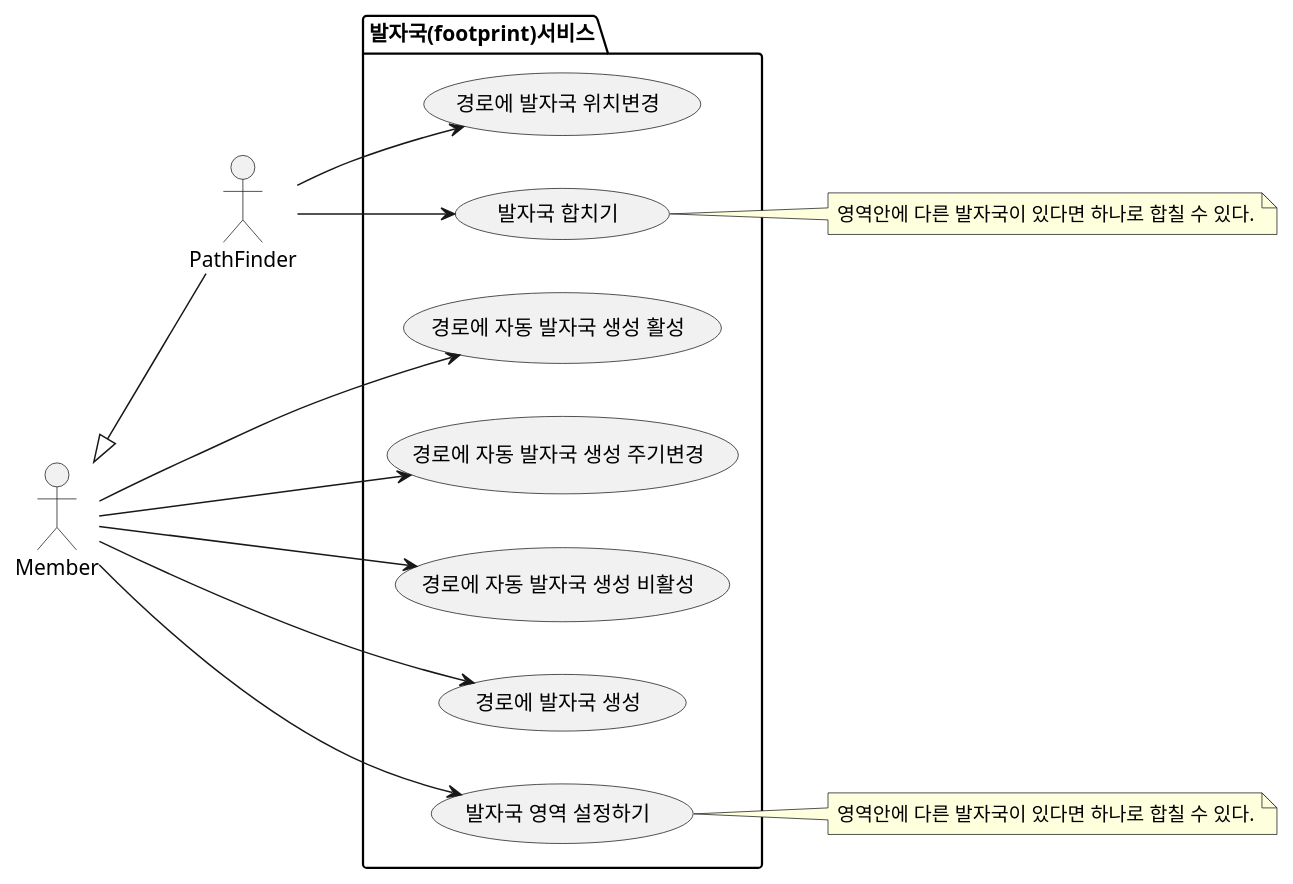
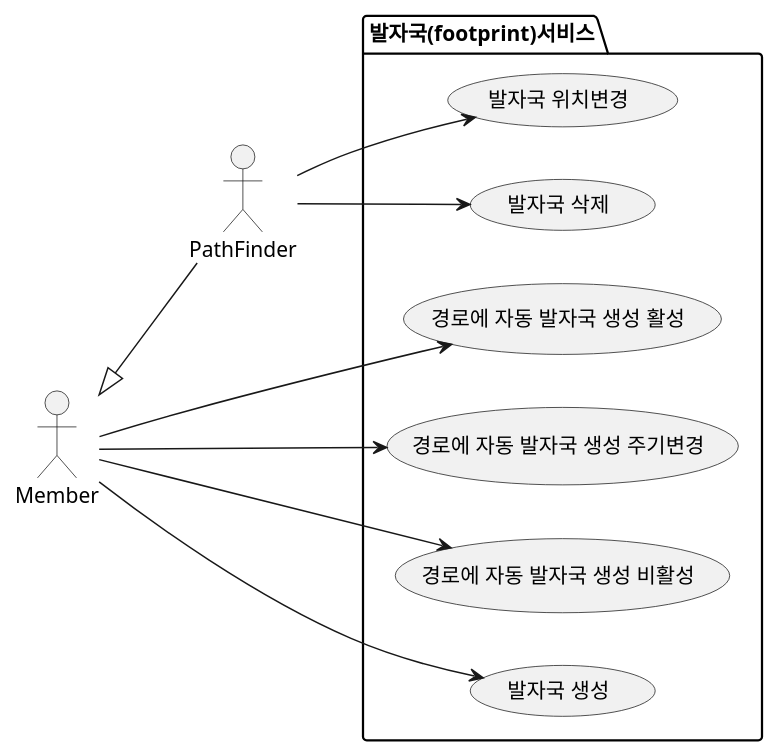
Before and after one commit to doubleu0714/footprint: the diagram in usecase/footprint.puml, drawn with PlantUML. The commit also changed 4 other files, not shown here.

```diff
--- a/usecase/footprint.puml
+++ b/usecase/footprint.puml
@@ -1,31 +1,23 @@
 @startuml
 left to right direction
 actor Member as m
 actor PathFinder as p
 m <|-- p
 
 
 package 발자국(footprint)서비스 {
     usecase "경로에 자동 발자국 생성 활성" as f.uc1
     usecase "경로에 자동 발자국 생성 주기변경" as f.uc2
     usecase "경로에 자동 발자국 생성 비활성" as f.uc3
-    usecase "경로에 발자국 생성" as f.uc4
-    usecase "경로에 발자국 위치변경" as f.uc5
-    usecase "발자국 영역 설정하기" as f.uc6
-    usecase "발자국 합치기" as f.uc7
+    usecase "발자국 생성" as f.uc4
+    usecase "발자국 위치변경" as f.uc5
+    usecase "발자국 삭제" as f.uc6
 }
+
 m --> f.uc1
 m --> f.uc2
 m --> f.uc3
 m --> f.uc4
 p --> f.uc5
-m --> f.uc6
-p --> f.uc7
-
-note right of f.uc6
-    영역안에 다른 발자국이 있다면 하나로 합칠 수 있다.
-end note
-note right of f.uc7
-    영역안에 다른 발자국이 있다면 하나로 합칠 수 있다.
-end note
+p --> f.uc6
 @enduml
```
